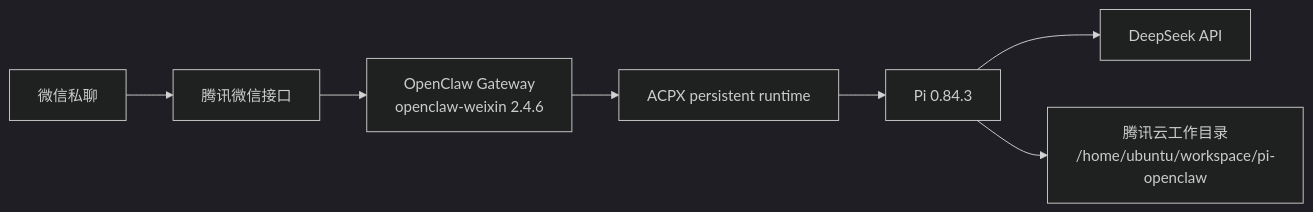
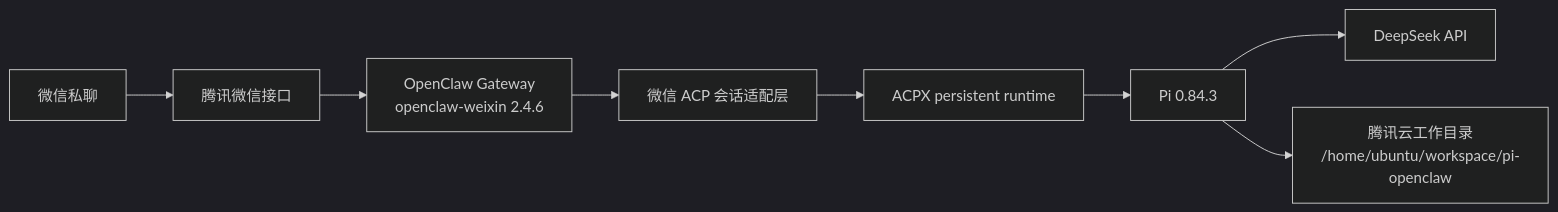
Before and after one commit to Young1108/pi-tencentyun-openclaw: the diagram in README.md, drawn with Mermaid (dark theme). The commit also changed other lines of this file and 9 other files, not shown here.

````diff
--- a/README.md
+++ b/README.md
@@ -10,9 +10,10 @@
 ```mermaid
 flowchart LR
     W[微信私聊] --> WX[腾讯微信接口]
     WX --> OC[OpenClaw Gateway\nopenclaw-weixin 2.4.6]
-    OC --> ACP[ACPX persistent runtime]
+    OC --> ADAPTER[微信 ACP 会话适配层]
+    ADAPTER --> ACP[ACPX persistent runtime]
     ACP --> PI[Pi 0.84.3]
     PI --> LLM[DeepSeek API]
     PI --> WS[腾讯云工作目录\n/home/ubuntu/workspace/pi-openclaw]
 ```
````
